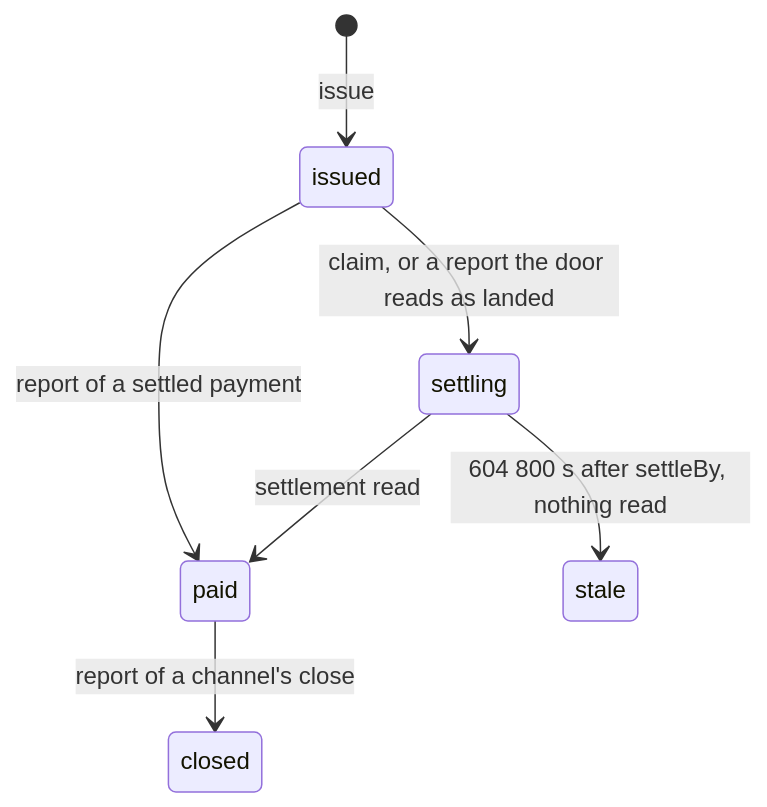
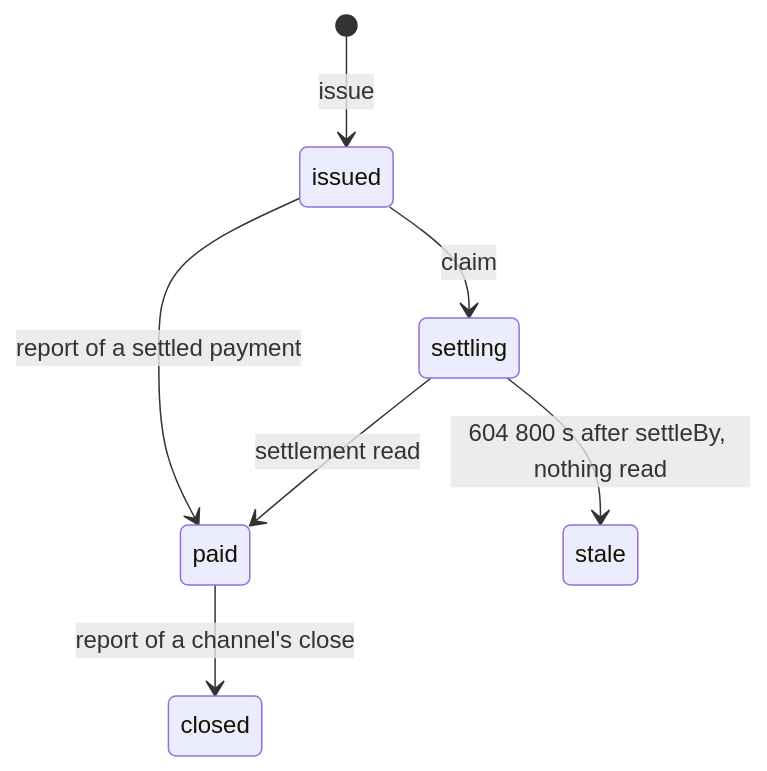
The diagram in docs/concepts/records.md (IntegraLedger/integra-agentic-connectors), drawn with Mermaid before and after one commit. The commit also changed other lines of this file, not shown here.

Commit message:
docs: a record is settling only after a claim
A report on an unclaimed record leaves it issued until the door's read
settles it, so only a claim takes a record from issued to settling. A
report of a settled payment takes it to paid.

````diff
--- a/docs/concepts/records.md
+++ b/docs/concepts/records.md
@@ -13,9 +13,9 @@
 ```mermaid
 stateDiagram-v2
     [*] --> issued: issue
-    issued --> settling: claim, or a report the door reads as landed
+    issued --> settling: claim
     settling --> paid: settlement read
     issued --> paid: report of a settled payment
     paid --> closed: report of a channel's close
     settling --> stale: 604 800 s after settleBy, nothing read
 ```
````
